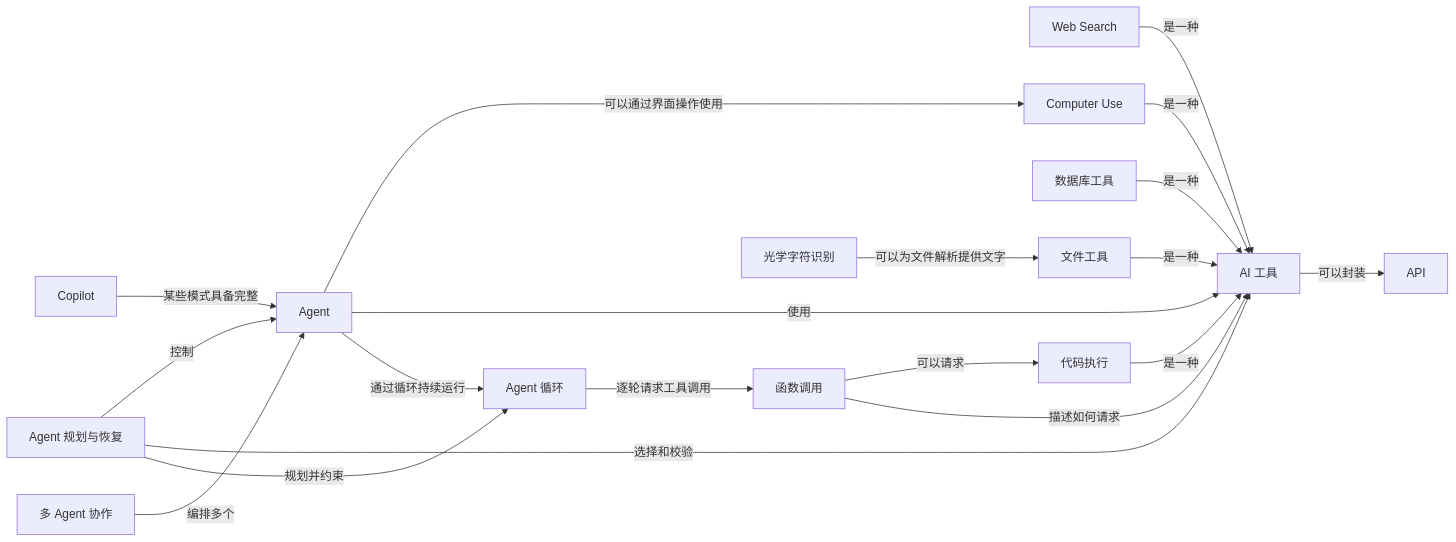
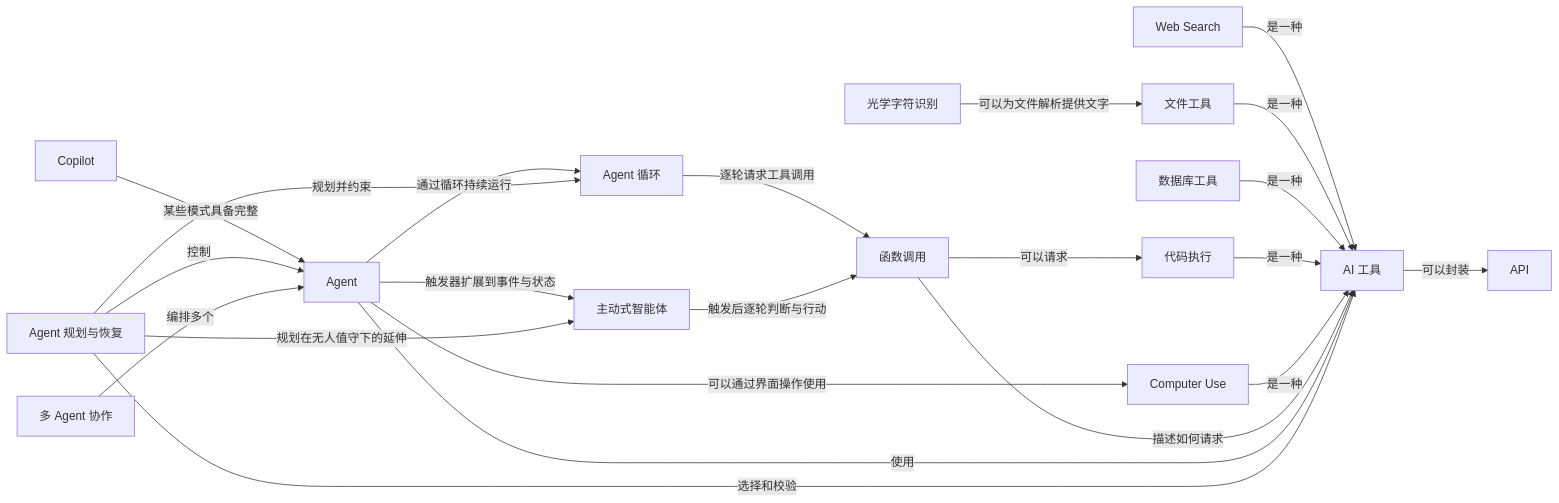
The fifth of 10 diagrams in 知识网络.md (z-Zihan/LLM-101), drawn with Mermaid before and after one commit. The commit also changed other lines of this file and 9 other files, not shown here.

First line of the commit message:
docs(agent): add proactive agent article wired into knowledge network (#9)

````diff
--- a/知识网络.md
+++ b/知识网络.md
@@ -369,35 +370,39 @@
 ```mermaid
 flowchart LR
     n_api["API"]
     n_tool["AI 工具"]
     n_function_calling["函数调用"]
     n_agent["Agent"]
+    n_proactive_agent["主动式智能体"]
     n_agent_planning["Agent 规划与恢复"]
     n_agent_loop["Agent 循环"]
     n_multi_agent["多 Agent 协作"]
     n_web_search["Web Search"]
     n_file_tool["文件工具"]
     n_database_tool["数据库工具"]
     n_ocr["光学字符识别"]
     n_code_execution["代码执行"]
     n_computer_use["Computer Use"]
     n_copilot["Copilot"]
     n_copilot -->|"某些模式具备完整"| n_agent
     n_web_search -->|"是一种"| n_tool
     n_file_tool -->|"是一种"| n_tool
     n_database_tool -->|"是一种"| n_tool
     n_ocr -->|"可以为文件解析提供文字"| n_file_tool
     n_code_execution -->|"是一种"| n_tool
     n_function_calling -->|"可以请求"| n_code_execution
     n_computer_use -->|"是一种"| n_tool
     n_agent -->|"可以通过界面操作使用"| n_computer_use
     n_tool -->|"可以封装"| n_api
     n_function_calling -->|"描述如何请求"| n_tool
     n_agent -->|"使用"| n_tool
     n_agent_planning -->|"控制"| n_agent
     n_agent_planning -->|"选择和校验"| n_tool
     n_multi_agent -->|"编排多个"| n_agent
     n_agent -->|"通过循环持续运行"| n_agent_loop
     n_agent_loop -->|"逐轮请求工具调用"| n_function_calling
     n_agent_planning -->|"规划并约束"| n_agent_loop
+    n_agent -->|"触发器扩展到事件与状态"| n_proactive_agent
+    n_proactive_agent -->|"触发后逐轮判断与行动"| n_function_calling
+    n_agent_planning -->|"规划在无人值守下的延伸"| n_proactive_agent
 ```
````
